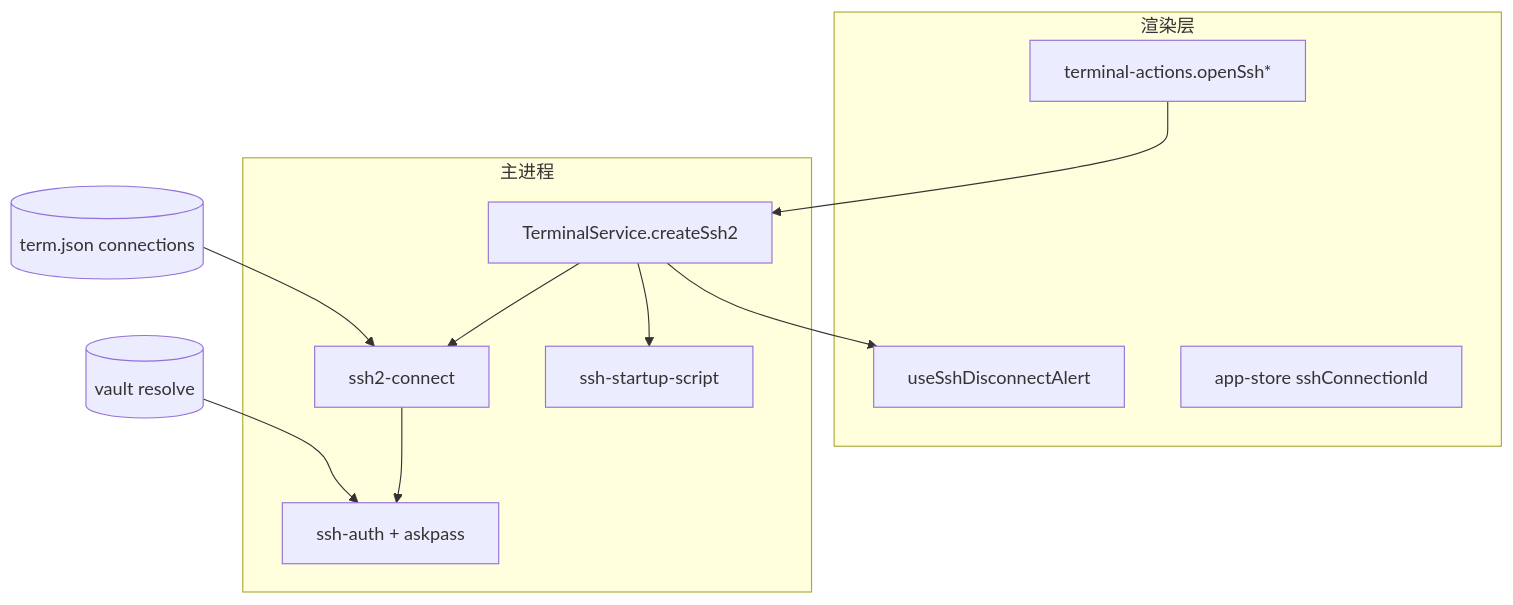
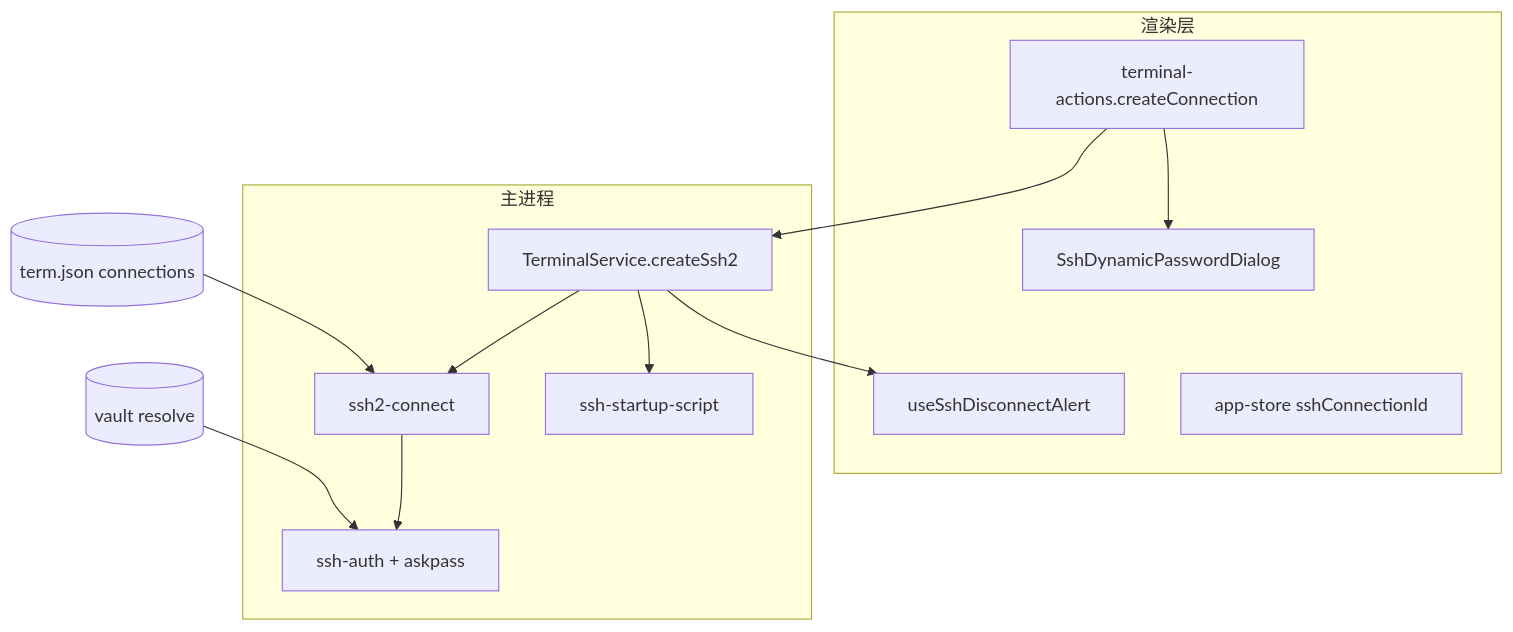
Before and after one commit to Landers1037/NioZy: the first of 3 diagrams in docs/功能SSH连接.md, drawn with Mermaid. The commit also changed other lines of this file and 19 other files, not shown here.

First line of the commit message:
feat(ssh): add dynamic password for SSH connections

````diff
--- a/docs/功能SSH连接.md
+++ b/docs/功能SSH连接.md
@@ -28,25 +29,27 @@
 ```mermaid
 flowchart TB
   subgraph Renderer["渲染层"]
-    TA["terminal-actions.openSsh*"]
+    TA["terminal-actions.createConnection"]
+    Prompt["SshDynamicPasswordDialog"]
     Alert["useSshDisconnectAlert"]
     Store["app-store sshConnectionId"]
   end
 
   subgraph Main["主进程"]
     TS["TerminalService.createSsh2"]
     Conn["ssh2-connect"]
     Auth["ssh-auth + askpass"]
     Startup["ssh-startup-script"]
     TS --> Conn --> Auth
     TS --> Startup
   end
 
   termjson[("term.json connections")]
   vault[("vault resolve")]
 
   TA --> TS
+  TA --> Prompt
   termjson --> Conn
   vault --> Auth
   TS --> Alert
 ```
````
